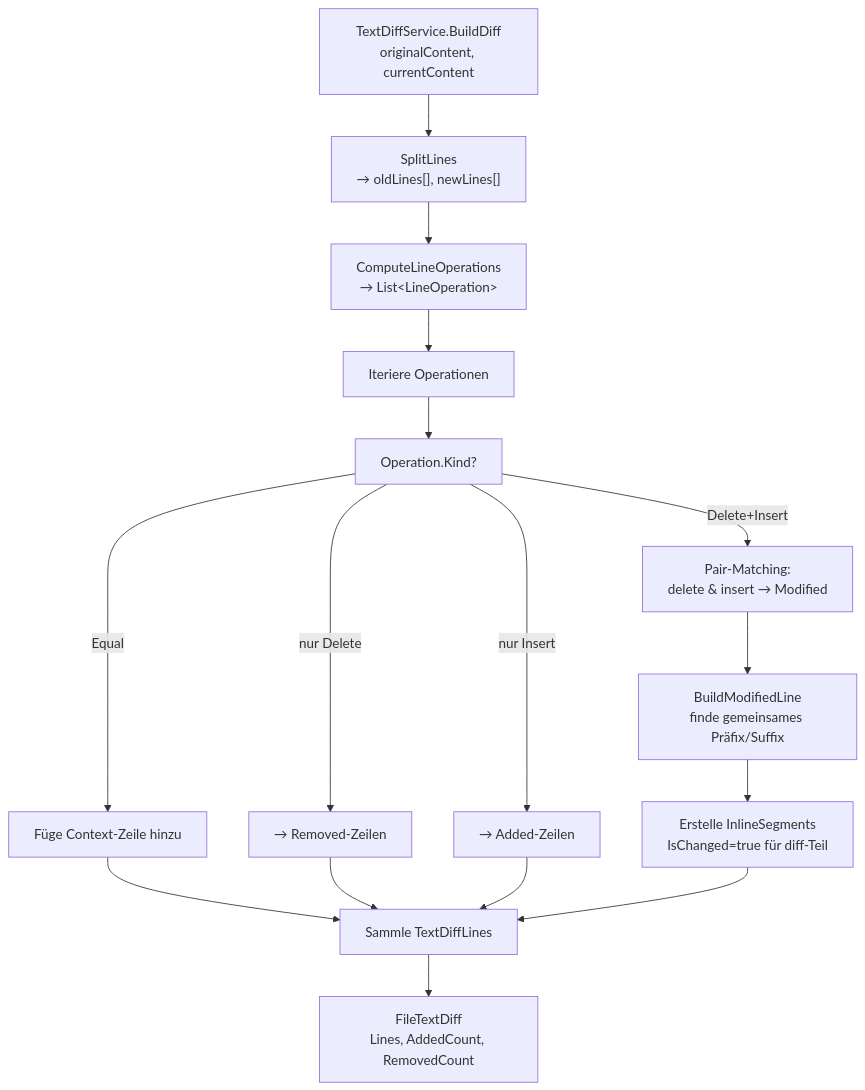
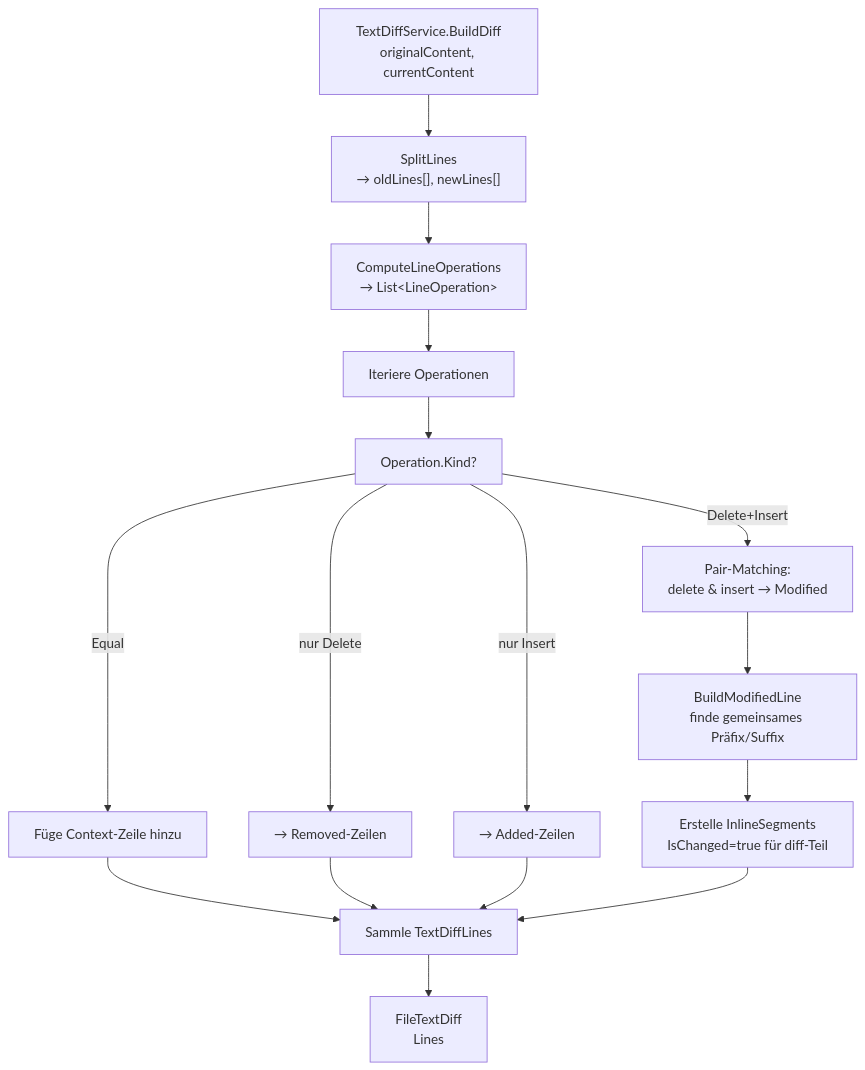
Before and after one commit to martin-stromberg/Softwareschmiede: the diagram in docs/help/dateiexplorer/ablauf-technisch.md, drawn with Mermaid. The commit also changed other lines of this file and 40 other files, not shown here.

````diff
--- a/docs/help/dateiexplorer/ablauf-technisch.md
+++ b/docs/help/dateiexplorer/ablauf-technisch.md
@@ -240,18 +240,18 @@
 ```mermaid
 graph TD
     A["TextDiffService.BuildDiff<br/>originalContent, currentContent"] --> B["SplitLines<br/>→ oldLines[], newLines[]"]
     B --> C["ComputeLineOperations<br/>→ List&lt;LineOperation&gt;"]
     C --> D["Iteriere Operationen"]
     D --> E["Operation.Kind?"]
     E -->|Equal| F["Füge Context-Zeile hinzu"]
     E -->|Delete+Insert| G["Pair-Matching:<br/>delete &amp; insert → Modified"]
     E -->|nur Delete| H["→ Removed-Zeilen"]
     E -->|nur Insert| I["→ Added-Zeilen"]
     G --> J["BuildModifiedLine<br/>finde gemeinsames Präfix/Suffix"]
     J --> K["Erstelle InlineSegments<br/>IsChanged=true für diff-Teil"]
     F --> L["Sammle TextDiffLines"]
     H --> L
     I --> L
     K --> L
-    L --> M["FileTextDiff<br/>Lines, AddedCount, RemovedCount"]
+    L --> M["FileTextDiff<br/>Lines"]
 ```
````
